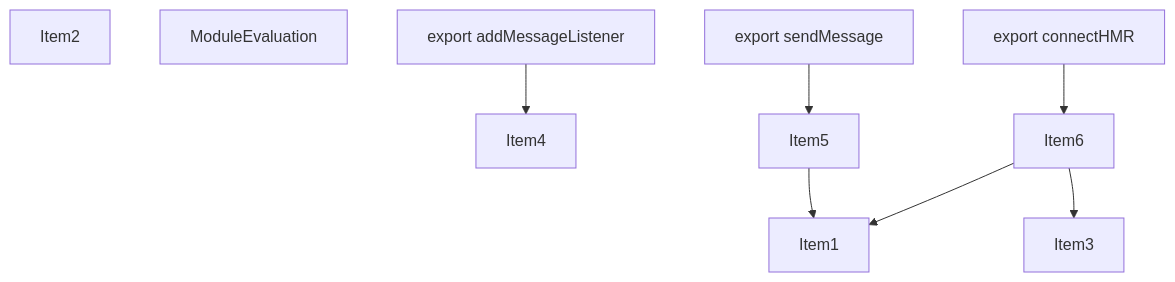
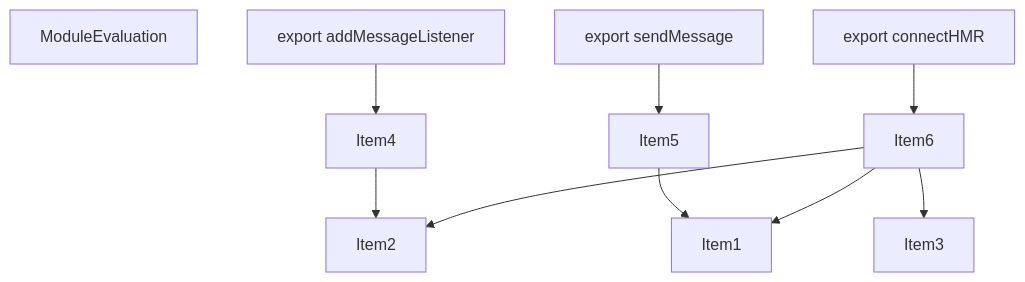
The fourth of 5 diagrams in crates/turbopack-ecmascript/tests/tree-shaker/analyzer/failed-1/output.md (vercel/turborepo), drawn with Mermaid before and after one commit. The commit also changed other lines of this file and 15 other files, not shown here.

````diff
--- a/crates/turbopack-ecmascript/tests/tree-shaker/analyzer/failed-1/output.md
+++ b/crates/turbopack-ecmascript/tests/tree-shaker/analyzer/failed-1/output.md
@@ -185,23 +187,25 @@
 ```mermaid
 graph TD
     Item1;
     Item2;
     Item3;
     Item4;
     Item5;
     Item6;
     Item7;
     Item7["ModuleEvaluation"];
     Item8;
     Item8["export addMessageListener"];
     Item9;
     Item9["export sendMessage"];
     Item10;
     Item10["export connectHMR"];
+    Item4 --> Item2;
     Item5 --> Item1;
     Item6 --> Item1;
+    Item6 --> Item2;
     Item6 --> Item3;
     Item8 --> Item4;
     Item9 --> Item5;
     Item10 --> Item6;
 ```
````
